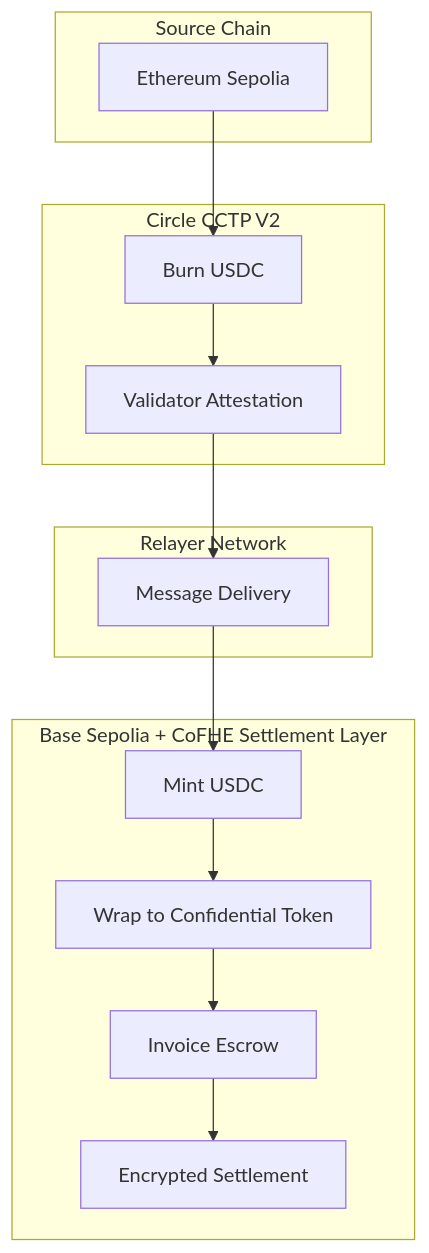
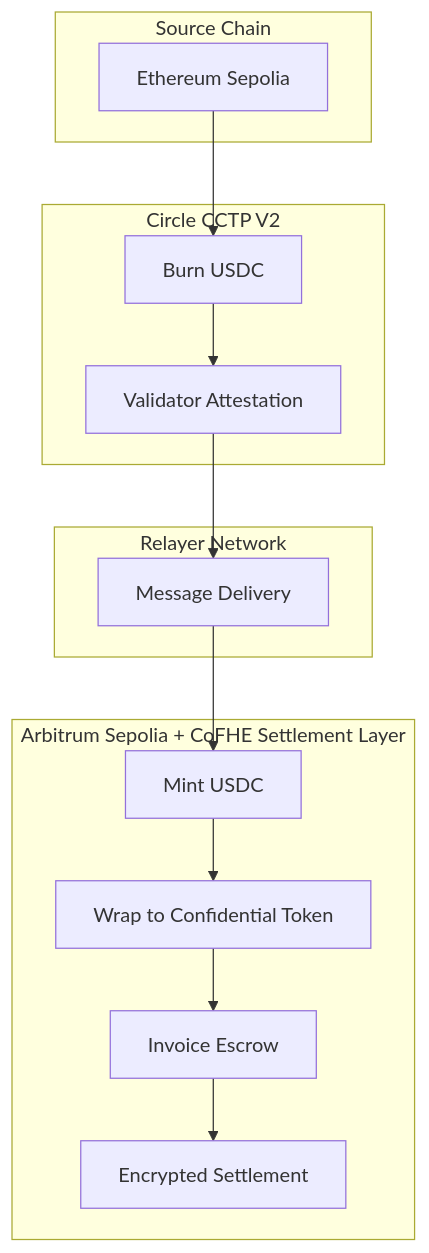
The diagram in lightpaper.md (PrivaraXYZ/docs), drawn with Mermaid before and after one commit. The commit also changed other lines of this file and 3 other files, not shown here.

First line of the commit message:
docs: migrate from Base Sepolia to Arbitrum Sepolia (#2)

````diff
--- a/lightpaper.md
+++ b/lightpaper.md
@@ -75,30 +75,30 @@
 ```mermaid
 flowchart TB
     subgraph Source["Source Chain"]
         S1[Ethereum Sepolia]
     end
 
     subgraph Bridge["Circle CCTP V2"]
         B1[Burn USDC]
         B2[Validator Attestation]
     end
 
     subgraph Relay["Relayer Network"]
         R1[Message Delivery]
     end
 
-    subgraph Destination["Base Sepolia + CoFHE Settlement Layer"]
+    subgraph Destination["Arbitrum Sepolia + CoFHE Settlement Layer"]
         D1[Mint USDC]
         D2[Wrap to Confidential Token]
         D3[Invoice Escrow]
         D4[Encrypted Settlement]
     end
 
     S1 --> B1
     B1 --> B2
     B2 --> R1
     R1 --> D1
     D1 --> D2
     D2 --> D3
     D3 --> D4
 ```
````
